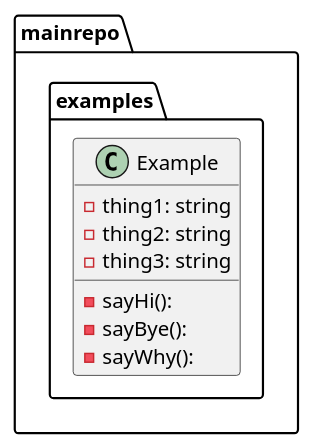
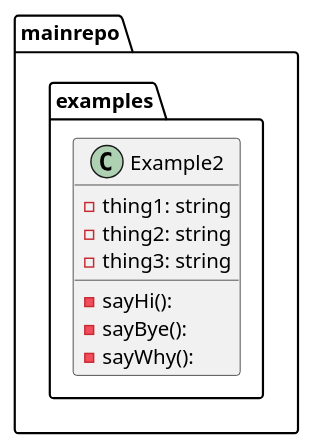
Before and after one commit to tbal999/pumlaction: the diagram in graph.puml, drawn with PlantUML. The commit also changed 1 other file, not shown here.

```diff
--- a/graph.puml
+++ b/graph.puml
@@ -1,13 +1,13 @@
 @startuml
 package ...mainrepo.examples{
-class Example {
+class Example2 {
 -thing1: string
 -thing2: string
 -thing3: string
 -sayHi(): 
 -sayBye(): 
 -sayWhy(): 
 }
 }
 
 @enduml
```
